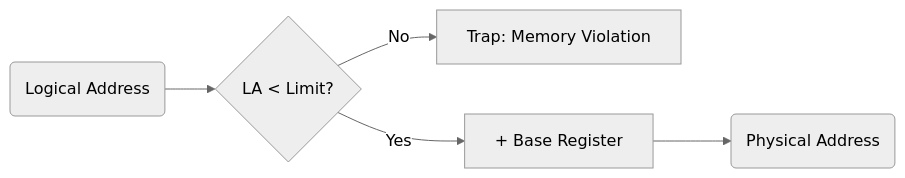
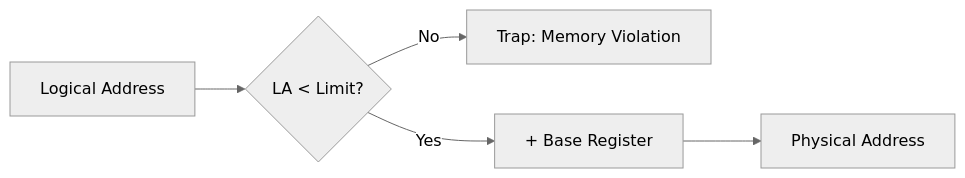
One commit to Nathan0820/vault changed the fourth of 6 diagrams in content/CS2106/L7.md. Above: the diagram before and after it, drawn with Mermaid (neutral theme). The commit also changed other lines of this file and 2 other files, not shown here.

````diff
--- a/content/CS2106/L7.md
+++ b/content/CS2106/L7.md
@@ -128,7 +154,7 @@
 ```mermaid
 graph LR
-    LA(Logical Address) --> Check{"LA &lt; Limit?"}
+    LA[Logical Address] --> Check{"LA &lt; Limit?"}
     Check -- No --> Error[Trap: Memory Violation]
-    Check -- Yes --> Add[+ Base Register]
-    Add --> PA(Physical Address)
+    Check -- Yes --> Add["+ Base Register"]
+    Add --> PA[Physical Address]
 ```
````
